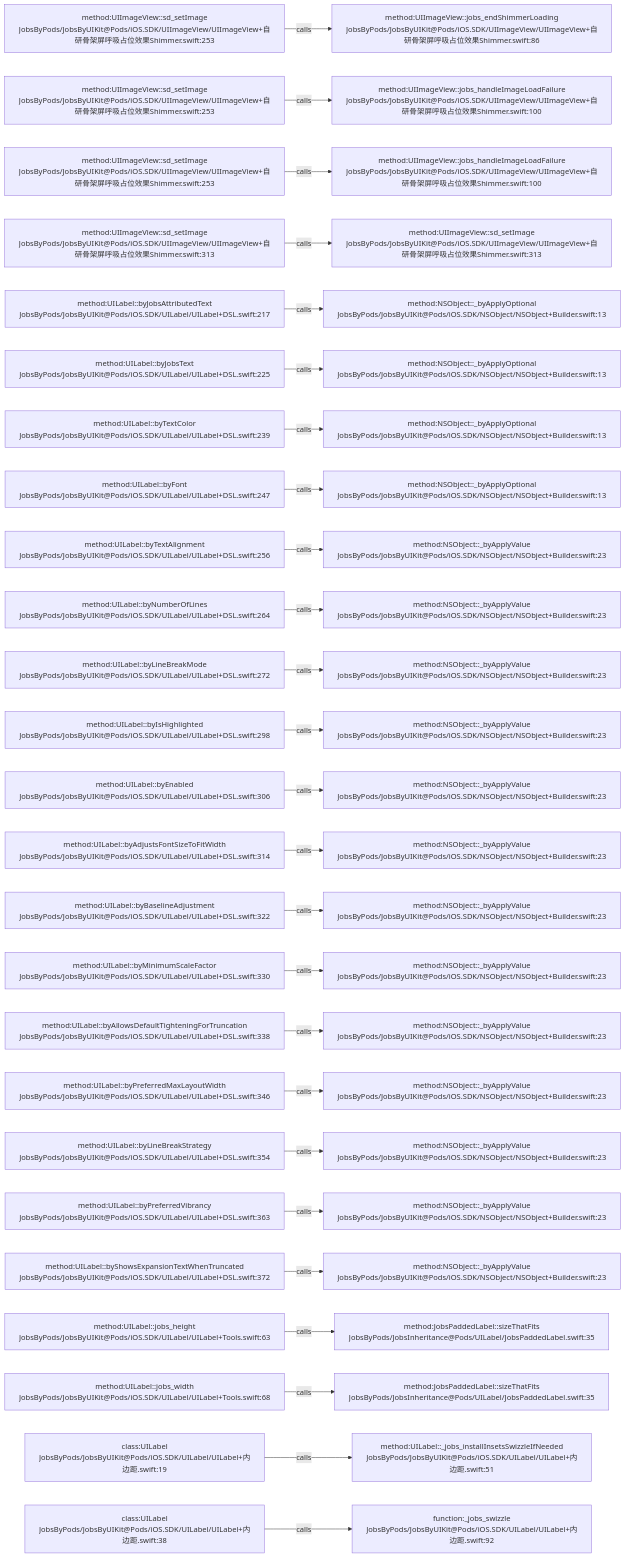
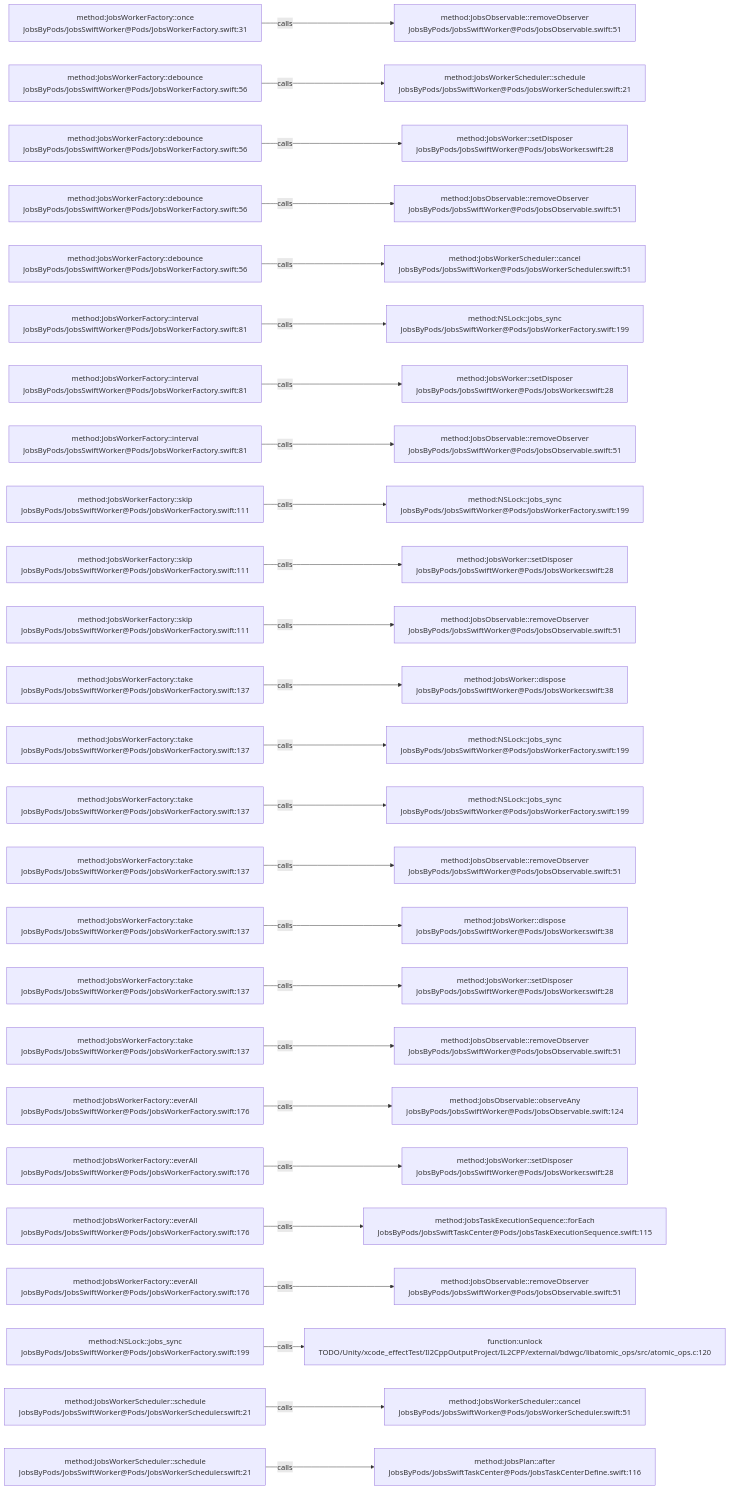
The diagram in .codegraph/codegraph.md/graphs/calls-070.md (JobsKits/JobsSwiftBaseConfigDemo), drawn with Mermaid before and after one commit. The commit also changed 569 other files, not shown here.

````diff
--- a/.codegraph/codegraph.md/graphs/calls-070.md
+++ b/.codegraph/codegraph.md/graphs/calls-070.md
@@ -13,78 +13,78 @@
 ```mermaid
 flowchart LR
-  S1["method:UIImageView::sd_setImage<br/>JobsByPods/JobsByUIKit@Pods/iOS.SDK/UIImageView/UIImageView+自研骨架屏呼吸占位效果Shimmer.swift:253"]
-  T1["method:UIImageView::jobs_endShimmerLoading<br/>JobsByPods/JobsByUIKit@Pods/iOS.SDK/UIImageView/UIImageView+自研骨架屏呼吸占位效果Shimmer.swift:86"]
+  S1["method:JobsWorkerFactory::once<br/>JobsByPods/JobsSwiftWorker@Pods/JobsWorkerFactory.swift:31"]
+  T1["method:JobsObservable::removeObserver<br/>JobsByPods/JobsSwiftWorker@Pods/JobsObservable.swift:51"]
   S1 -->|calls| T1
-  S2["method:UIImageView::sd_setImage<br/>JobsByPods/JobsByUIKit@Pods/iOS.SDK/UIImageView/UIImageView+自研骨架屏呼吸占位效果Shimmer.swift:253"]
-  T2["method:UIImageView::jobs_handleImageLoadFailure<br/>JobsByPods/JobsByUIKit@Pods/iOS.SDK/UIImageView/UIImageView+自研骨架屏呼吸占位效果Shimmer.swift:100"]
+  S2["method:JobsWorkerFactory::debounce<br/>JobsByPods/JobsSwiftWorker@Pods/JobsWorkerFactory.swift:56"]
+  T2["method:JobsWorkerScheduler::schedule<br/>JobsByPods/JobsSwiftWorker@Pods/JobsWorkerScheduler.swift:21"]
   S2 -->|calls| T2
-  S3["method:UIImageView::sd_setImage<br/>JobsByPods/JobsByUIKit@Pods/iOS.SDK/UIImageView/UIImageView+自研骨架屏呼吸占位效果Shimmer.swift:253"]
-  T3["method:UIImageView::jobs_handleImageLoadFailure<br/>JobsByPods/JobsByUIKit@Pods/iOS.SDK/UIImageView/UIImageView+自研骨架屏呼吸占位效果Shimmer.swift:100"]
+  S3["method:JobsWorkerFactory::debounce<br/>JobsByPods/JobsSwiftWorker@Pods/JobsWorkerFactory.swift:56"]
+  T3["method:JobsWorker::setDisposer<br/>JobsByPods/JobsSwiftWorker@Pods/JobsWorker.swift:28"]
   S3 -->|calls| T3
-  S4["method:UIImageView::sd_setImage<br/>JobsByPods/JobsByUIKit@Pods/iOS.SDK/UIImageView/UIImageView+自研骨架屏呼吸占位效果Shimmer.swift:313"]
-  T4["method:UIImageView::sd_setImage<br/>JobsByPods/JobsByUIKit@Pods/iOS.SDK/UIImageView/UIImageView+自研骨架屏呼吸占位效果Shimmer.swift:313"]
+  S4["method:JobsWorkerFactory::debounce<br/>JobsByPods/JobsSwiftWorker@Pods/JobsWorkerFactory.swift:56"]
+  T4["method:JobsObservable::removeObserver<br/>JobsByPods/JobsSwiftWorker@Pods/JobsObservable.swift:51"]
   S4 -->|calls| T4
-  S5["method:UILabel::byJobsAttributedText<br/>JobsByPods/JobsByUIKit@Pods/iOS.SDK/UILabel/UILabel+DSL.swift:217"]
-  T5["method:NSObject::_byApplyOptional<br/>JobsByPods/JobsByUIKit@Pods/iOS.SDK/NSObject/NSObject+Builder.swift:13"]
+  S5["method:JobsWorkerFactory::debounce<br/>JobsByPods/JobsSwiftWorker@Pods/JobsWorkerFactory.swift:56"]
+  T5["method:JobsWorkerScheduler::cancel<br/>JobsByPods/JobsSwiftWorker@Pods/JobsWorkerScheduler.swift:51"]
   S5 -->|calls| T5
-  S6["method:UILabel::byJobsText<br/>JobsByPods/JobsByUIKit@Pods/iOS.SDK/UILabel/UILabel+DSL.swift:225"]
-  T6["method:NSObject::_byApplyOptional<br/>JobsByPods/JobsByUIKit@Pods/iOS.SDK/NSObject/NSObject+Builder.swift:13"]
+  S6["method:JobsWorkerFactory::interval<br/>JobsByPods/JobsSwiftWorker@Pods/JobsWorkerFactory.swift:81"]
+  T6["method:NSLock::jobs_sync<br/>JobsByPods/JobsSwiftWorker@Pods/JobsWorkerFactory.swift:199"]
   S6 -->|calls| T6
-  S7["method:UILabel::byTextColor<br/>JobsByPods/JobsByUIKit@Pods/iOS.SDK/UILabel/UILabel+DSL.swift:239"]
-  T7["method:NSObject::_byApplyOptional<br/>JobsByPods/JobsByUIKit@Pods/iOS.SDK/NSObject/NSObject+Builder.swift:13"]
+  S7["method:JobsWorkerFactory::interval<br/>JobsByPods/JobsSwiftWorker@Pods/JobsWorkerFactory.swift:81"]
+  T7["method:JobsWorker::setDisposer<br/>JobsByPods/JobsSwiftWorker@Pods/JobsWorker.swift:28"]
   S7 -->|calls| T7
-  S8["method:UILabel::byFont<br/>JobsByPods/JobsByUIKit@Pods/iOS.SDK/UILabel/UILabel+DSL.swift:247"]
-  T8["method:NSObject::_byApplyOptional<br/>JobsByPods/JobsByUIKit@Pods/iOS.SDK/NSObject/NSObject+Builder.swift:13"]
+  S8["method:JobsWorkerFactory::interval<br/>JobsByPods/JobsSwiftWorker@Pods/JobsWorkerFactory.swift:81"]
+  T8["method:JobsObservable::removeObserver<br/>JobsByPods/JobsSwiftWorker@Pods/JobsObservable.swift:51"]
   S8 -->|calls| T8
-  S9["method:UILabel::byTextAlignment<br/>JobsByPods/JobsByUIKit@Pods/iOS.SDK/UILabel/UILabel+DSL.swift:256"]
-  T9["method:NSObject::_byApplyValue<br/>JobsByPods/JobsByUIKit@Pods/iOS.SDK/NSObject/NSObject+Builder.swift:23"]
+  S9["method:JobsWorkerFactory::skip<br/>JobsByPods/JobsSwiftWorker@Pods/JobsWorkerFactory.swift:111"]
+  T9["method:NSLock::jobs_sync<br/>JobsByPods/JobsSwiftWorker@Pods/JobsWorkerFactory.swift:199"]
   S9 -->|calls| T9
-  S10["method:UILabel::byNumberOfLines<br/>JobsByPods/JobsByUIKit@Pods/iOS.SDK/UILabel/UILabel+DSL.swift:264"]
-  T10["method:NSObject::_byApplyValue<br/>JobsByPods/JobsByUIKit@Pods/iOS.SDK/NSObject/NSObject+Builder.swift:23"]
+  S10["method:JobsWorkerFactory::skip<br/>JobsByPods/JobsSwiftWorker@Pods/JobsWorkerFactory.swift:111"]
+  T10["method:JobsWorker::setDisposer<br/>JobsByPods/JobsSwiftWorker@Pods/JobsWorker.swift:28"]
   S10 -->|calls| T10
-  S11["method:UILabel::byLineBreakMode<br/>JobsByPods/JobsByUIKit@Pods/iOS.SDK/UILabel/UILabel+DSL.swift:272"]
-  T11["method:NSObject::_byApplyValue<br/>JobsByPods/JobsByUIKit@Pods/iOS.SDK/NSObject/NSObject+Builder.swift:23"]
+  S11["method:JobsWorkerFactory::skip<br/>JobsByPods/JobsSwiftWorker@Pods/JobsWorkerFactory.swift:111"]
+  T11["method:JobsObservable::removeObserver<br/>JobsByPods/JobsSwiftWorker@Pods/JobsObservable.swift:51"]
   S11 -->|calls| T11
-  S12["method:UILabel::byIsHighlighted<br/>JobsByPods/JobsByUIKit@Pods/iOS.SDK/UILabel/UILabel+DSL.swift:298"]
-  T12["method:NSObject::_byApplyValue<br/>JobsByPods/JobsByUIKit@Pods/iOS.SDK/NSObject/NSObject+Builder.swift:23"]
+  S12["method:JobsWorkerFactory::take<br/>JobsByPods/JobsSwiftWorker@Pods/JobsWorkerFactory.swift:137"]
+  T12["method:JobsWorker::dispose<br/>JobsByPods/JobsSwiftWorker@Pods/JobsWorker.swift:38"]
   S12 -->|calls| T12
-  S13["method:UILabel::byEnabled<br/>JobsByPods/JobsByUIKit@Pods/iOS.SDK/UILabel/UILabel+DSL.swift:306"]
-  T13["method:NSObject::_byApplyValue<br/>JobsByPods/JobsByUIKit@Pods/iOS.SDK/NSObject/NSObject+Builder.swift:23"]
+  S13["method:JobsWorkerFactory::take<br/>JobsByPods/JobsSwiftWorker@Pods/JobsWorkerFactory.swift:137"]
+  T13["method:NSLock::jobs_sync<br/>JobsByPods/JobsSwiftWorker@Pods/JobsWorkerFactory.swift:199"]
   S13 -->|calls| T13
-  S14["method:UILabel::byAdjustsFontSizeToFitWidth<br/>JobsByPods/JobsByUIKit@Pods/iOS.SDK/UILabel/UILabel+DSL.swift:314"]
-  T14["method:NSObject::_byApplyValue<br/>JobsByPods/JobsByUIKit@Pods/iOS.SDK/NSObject/NSObject+Builder.swift:23"]
+  S14["method:JobsWorkerFactory::take<br/>JobsByPods/JobsSwiftWorker@Pods/JobsWorkerFactory.swift:137"]
+  T14["method:NSLock::jobs_sync<br/>JobsByPods/JobsSwiftWorker@Pods/JobsWorkerFactory.swift:199"]
   S14 -->|calls| T14
-  S15["method:UILabel::byBaselineAdjustment<br/>JobsByPods/JobsByUIKit@Pods/iOS.SDK/UILabel/UILabel+DSL.swift:322"]
-  T15["method:NSObject::_byApplyValue<br/>JobsByPods/JobsByUIKit@Pods/iOS.SDK/NSObject/NSObject+Builder.swift:23"]
+  S15["method:JobsWorkerFactory::take<br/>JobsByPods/JobsSwiftWorker@Pods/JobsWorkerFactory.swift:137"]
+  T15["method:JobsObservable::removeObserver<br/>JobsByPods/JobsSwiftWorker@Pods/JobsObservable.swift:51"]
   S15 -->|calls| T15
-  S16["method:UILabel::byMinimumScaleFactor<br/>JobsByPods/JobsByUIKit@Pods/iOS.SDK/UILabel/UILabel+DSL.swift:330"]
-  T16["method:NSObject::_byApplyValue<br/>JobsByPods/JobsByUIKit@Pods/iOS.SDK/NSObject/NSObject+Builder.swift:23"]
+  S16["method:JobsWorkerFactory::take<br/>JobsByPods/JobsSwiftWorker@Pods/JobsWorkerFactory.swift:137"]
+  T16["method:JobsWorker::dispose<br/>JobsByPods/JobsSwiftWorker@Pods/JobsWorker.swift:38"]
   S16 -->|calls| T16
-  S17["method:UILabel::byAllowsDefaultTighteningForTruncation<br/>JobsByPods/JobsByUIKit@Pods/iOS.SDK/UILabel/UILabel+DSL.swift:338"]
-  T17["method:NSObject::_byApplyValue<br/>JobsByPods/JobsByUIKit@Pods/iOS.SDK/NSObject/NSObject+Builder.swift:23"]
+  S17["method:JobsWorkerFactory::take<br/>JobsByPods/JobsSwiftWorker@Pods/JobsWorkerFactory.swift:137"]
+  T17["method:JobsWorker::setDisposer<br/>JobsByPods/JobsSwiftWorker@Pods/JobsWorker.swift:28"]
   S17 -->|calls| T17
-  S18["method:UILabel::byPreferredMaxLayoutWidth<br/>JobsByPods/JobsByUIKit@Pods/iOS.SDK/UILabel/UILabel+DSL.swift:346"]
-  T18["method:NSObject::_byApplyValue<br/>JobsByPods/JobsByUIKit@Pods/iOS.SDK/NSObject/NSObject+Builder.swift:23"]
+  S18["method:JobsWorkerFactory::take<br/>JobsByPods/JobsSwiftWorker@Pods/JobsWorkerFactory.swift:137"]
+  T18["method:JobsObservable::removeObserver<br/>JobsByPods/JobsSwiftWorker@Pods/JobsObservable.swift:51"]
   S18 -->|calls| T18
-  S19["method:UILabel::byLineBreakStrategy<br/>JobsByPods/JobsByUIKit@Pods/iOS.SDK/UILabel/UILabel+DSL.swift:354"]
-  T19["method:NSObject::_byApplyValue<br/>JobsByPods/JobsByUIKit@Pods/iOS.SDK/NSObject/NSObject+Builder.swift:23"]
+  S19["method:JobsWorkerFactory::everAll<br/>JobsByPods/JobsSwiftWorker@Pods/JobsWorkerFactory.swift:176"]
+  T19["method:JobsObservable::observeAny<br/>JobsByPods/JobsSwiftWorker@Pods/JobsObservable.swift:124"]
   S19 -->|calls| T19
-  S20["method:UILabel::byPreferredVibrancy<br/>JobsByPods/JobsByUIKit@Pods/iOS.SDK/UILabel/UILabel+DSL.swift:363"]
-  T20["method:NSObject::_byApplyValue<br/>JobsByPods/JobsByUIKit@Pods/iOS.SDK/NSObject/NSObject+Builder.swift:23"]
+  S20["method:JobsWorkerFactory::everAll<br/>JobsByPods/JobsSwiftWorker@Pods/JobsWorkerFactory.swift:176"]
+  T20["method:JobsWorker::setDisposer<br/>JobsByPods/JobsSwiftWorker@Pods/JobsWorker.swift:28"]
   S20 -->|calls| T20
-  S21["method:UILabel::byShowsExpansionTextWhenTruncated<br/>JobsByPods/JobsByUIKit@Pods/iOS.SDK/UILabel/UILabel+DSL.swift:372"]
-  T21["method:NSObject::_byApplyValue<br/>JobsByPods/JobsByUIKit@Pods/iOS.SDK/NSObject/NSObject+Builder.swift:23"]
+  S21["method:JobsWorkerFactory::everAll<br/>JobsByPods/JobsSwiftWorker@Pods/JobsWorkerFactory.swift:176"]
+  T21["method:JobsTaskExecutionSequence::forEach<br/>JobsByPods/JobsSwiftTaskCenter@Pods/JobsTaskExecutionSequence.swift:115"]
   S21 -->|calls| T21
-  S22["method:UILabel::jobs_height<br/>JobsByPods/JobsByUIKit@Pods/iOS.SDK/UILabel/UILabel+Tools.swift:63"]
-  T22["method:JobsPaddedLabel::sizeThatFits<br/>JobsByPods/JobsInheritance@Pods/UILabel/JobsPaddedLabel.swift:35"]
+  S22["method:JobsWorkerFactory::everAll<br/>JobsByPods/JobsSwiftWorker@Pods/JobsWorkerFactory.swift:176"]
+  T22["method:JobsObservable::removeObserver<br/>JobsByPods/JobsSwiftWorker@Pods/JobsObservable.swift:51"]
   S22 -->|calls| T22
-  S23["method:UILabel::jobs_width<br/>JobsByPods/JobsByUIKit@Pods/iOS.SDK/UILabel/UILabel+Tools.swift:68"]
-  T23["method:JobsPaddedLabel::sizeThatFits<br/>JobsByPods/JobsInheritance@Pods/UILabel/JobsPaddedLabel.swift:35"]
+  S23["method:NSLock::jobs_sync<br/>JobsByPods/JobsSwiftWorker@Pods/JobsWorkerFactory.swift:199"]
+  T23["function:unlock<br/>TODO/Unity/xcode_effectTest/Il2CppOutputProject/IL2CPP/external/bdwgc/libatomic_ops/src/atomic_ops.c:120"]
   S23 -->|calls| T23
-  S24["class:UILabel<br/>JobsByPods/JobsByUIKit@Pods/iOS.SDK/UILabel/UILabel+内边距.swift:19"]
-  T24["method:UILabel::_jobs_installInsetsSwizzleIfNeeded<br/>JobsByPods/JobsByUIKit@Pods/iOS.SDK/UILabel/UILabel+内边距.swift:51"]
+  S24["method:JobsWorkerScheduler::schedule<br/>JobsByPods/JobsSwiftWorker@Pods/JobsWorkerScheduler.swift:21"]
+  T24["method:JobsWorkerScheduler::cancel<br/>JobsByPods/JobsSwiftWorker@Pods/JobsWorkerScheduler.swift:51"]
   S24 -->|calls| T24
-  S25["class:UILabel<br/>JobsByPods/JobsByUIKit@Pods/iOS.SDK/UILabel/UILabel+内边距.swift:38"]
-  T25["function:_jobs_swizzle<br/>JobsByPods/JobsByUIKit@Pods/iOS.SDK/UILabel/UILabel+内边距.swift:92"]
+  S25["method:JobsWorkerScheduler::schedule<br/>JobsByPods/JobsSwiftWorker@Pods/JobsWorkerScheduler.swift:21"]
+  T25["method:JobsPlan::after<br/>JobsByPods/JobsSwiftTaskCenter@Pods/JobsTaskCenterDefine.swift:116"]
   S25 -->|calls| T25
 ```
````
